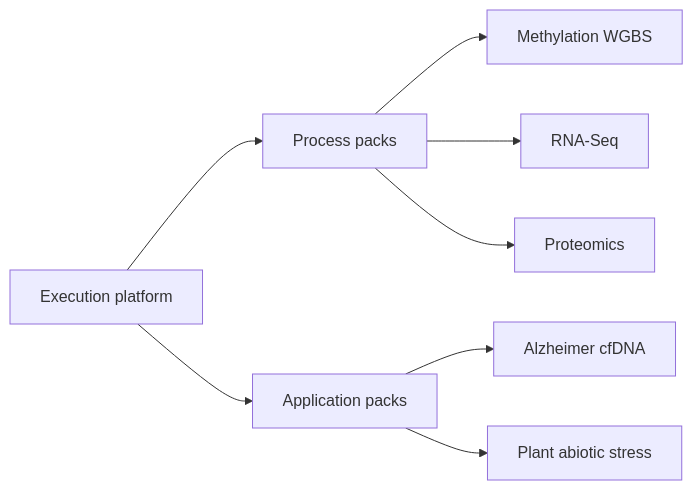
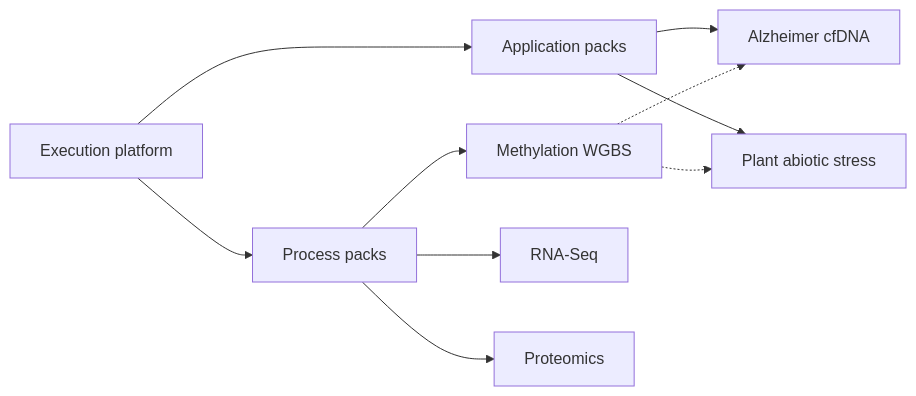
Before and after one commit to Goliath-Research/GoliathWorkflow: the fifth of 10 diagrams in docs/presentations/regulatory-ready-platform-multiomics.md, drawn with Mermaid. The commit also changed other lines of this file and 7 other files, not shown here.

````diff
--- a/docs/presentations/regulatory-ready-platform-multiomics.md
+++ b/docs/presentations/regulatory-ready-platform-multiomics.md
@@ -39,10 +192,12 @@
 ```mermaid
 flowchart LR
-  platform[Execution platform] --> process[Process packs]
-  platform --> app[Application packs]
-  process --> meth[Methylation WGBS]
-  process --> rna[RNA-Seq]
-  process --> prot[Proteomics]
-  app --> alz[Alzheimer cfDNA]
-  app --> plant[Plant abiotic stress]
+  P[Execution platform] --> PP[Process packs]
+  P --> AP[Application packs]
+  PP --> M[Methylation WGBS]
+  PP --> R[RNA-Seq]
+  PP --> PR[Proteomics]
+  AP --> A[Alzheimer cfDNA]
+  AP --> PL[Plant abiotic stress]
+  M -.-> A
+  M -.-> PL
 ```
````
